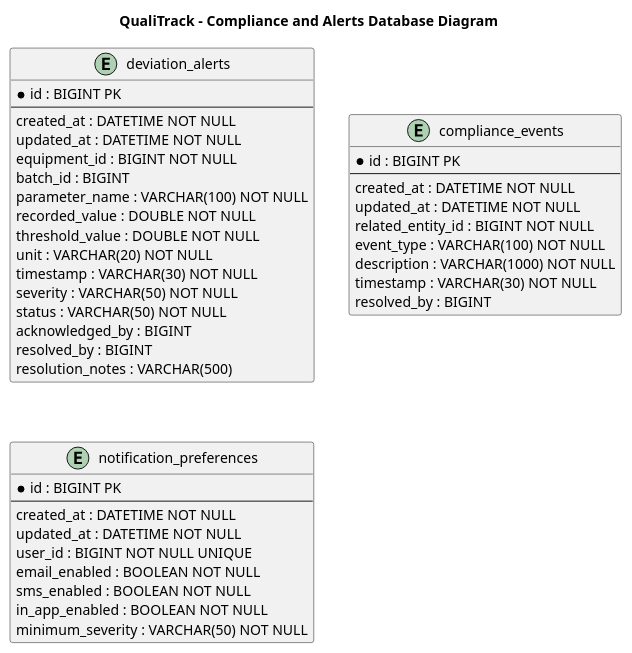
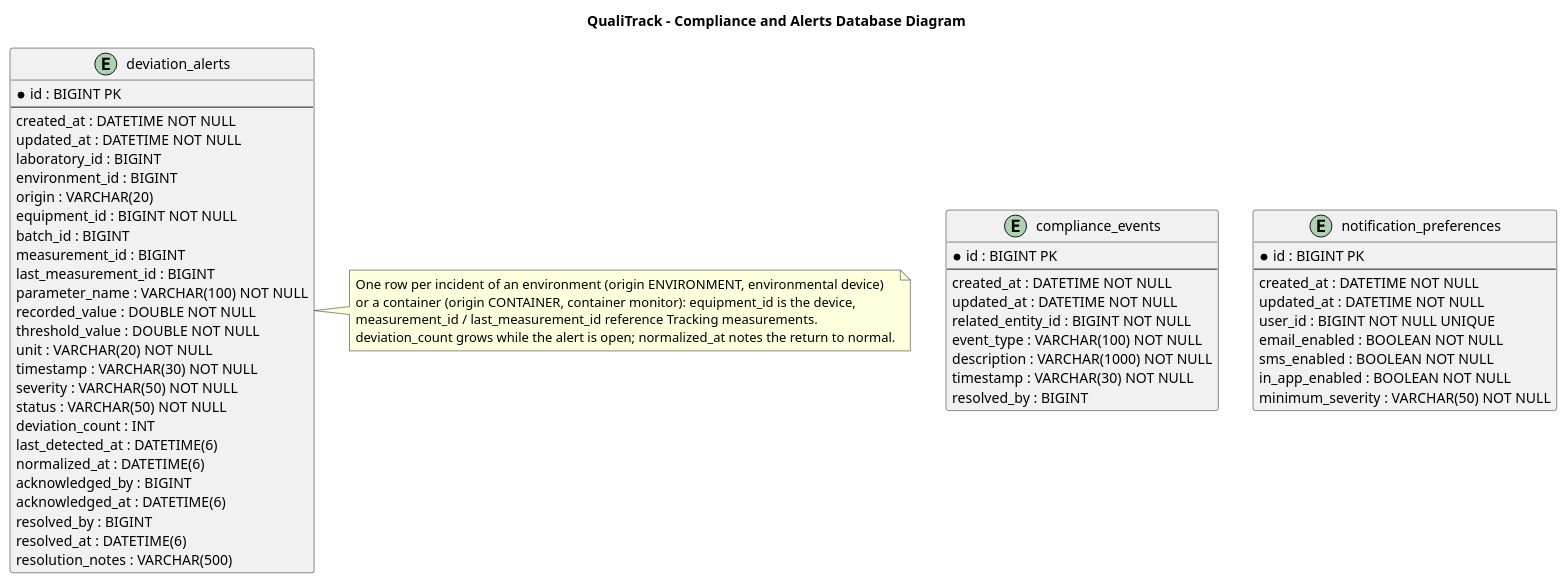
The diagram in docs/diagrams/ca/ca-database-diagram.puml (IoTech-2620-8741/qualitrack-platform), drawn with PlantUML before and after one commit. The commit also changed 5 other files, not shown here.

First line of the commit message:
docs(diagrams): add environment alerts to the backend diagrams

```diff
--- a/docs/diagrams/ca/ca-database-diagram.puml
+++ b/docs/diagrams/ca/ca-database-diagram.puml
@@ -1,51 +1,68 @@
 @startuml ca-database-diagram
 
 title QualiTrack - Compliance and Alerts Database Diagram
 
 hide methods
 hide stereotypes
 
 entity "deviation_alerts" {
   * id : BIGINT PK
   --
   created_at : DATETIME NOT NULL
   updated_at : DATETIME NOT NULL
+  laboratory_id : BIGINT
+  environment_id : BIGINT
+  origin : VARCHAR(20)
   equipment_id : BIGINT NOT NULL
   batch_id : BIGINT
+  measurement_id : BIGINT
+  last_measurement_id : BIGINT
   parameter_name : VARCHAR(100) NOT NULL
   recorded_value : DOUBLE NOT NULL
   threshold_value : DOUBLE NOT NULL
   unit : VARCHAR(20) NOT NULL
   timestamp : VARCHAR(30) NOT NULL
   severity : VARCHAR(50) NOT NULL
   status : VARCHAR(50) NOT NULL
+  deviation_count : INT
+  last_detected_at : DATETIME(6)
+  normalized_at : DATETIME(6)
   acknowledged_by : BIGINT
+  acknowledged_at : DATETIME(6)
   resolved_by : BIGINT
+  resolved_at : DATETIME(6)
   resolution_notes : VARCHAR(500)
 }
+
+note right of "deviation_alerts"
+  One row per incident of an environment (origin ENVIRONMENT, environmental device)
+  or a container (origin CONTAINER, container monitor): equipment_id is the device,
+  measurement_id / last_measurement_id reference Tracking measurements.
+  deviation_count grows while the alert is open; normalized_at notes the return to normal.
+end note
 
 entity "compliance_events" {
   * id : BIGINT PK
   --
   created_at : DATETIME NOT NULL
   updated_at : DATETIME NOT NULL
   related_entity_id : BIGINT NOT NULL
   event_type : VARCHAR(100) NOT NULL
   description : VARCHAR(1000) NOT NULL
   timestamp : VARCHAR(30) NOT NULL
   resolved_by : BIGINT
 }
 
 entity "notification_preferences" {
   * id : BIGINT PK
   --
   created_at : DATETIME NOT NULL
   updated_at : DATETIME NOT NULL
   user_id : BIGINT NOT NULL UNIQUE
   email_enabled : BOOLEAN NOT NULL
   sms_enabled : BOOLEAN NOT NULL
   in_app_enabled : BOOLEAN NOT NULL
   minimum_severity : VARCHAR(50) NOT NULL
 }
 
 @enduml
```
